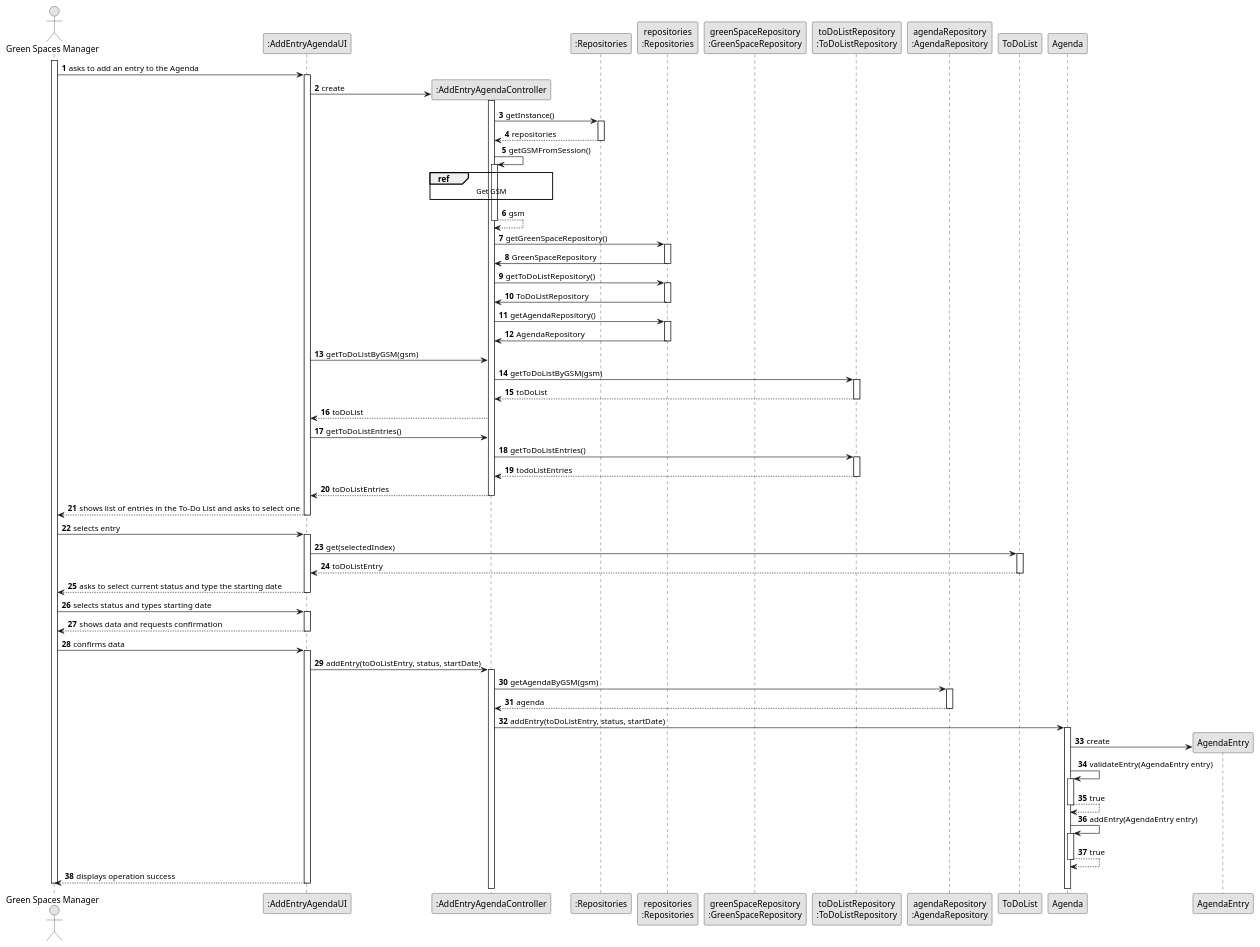
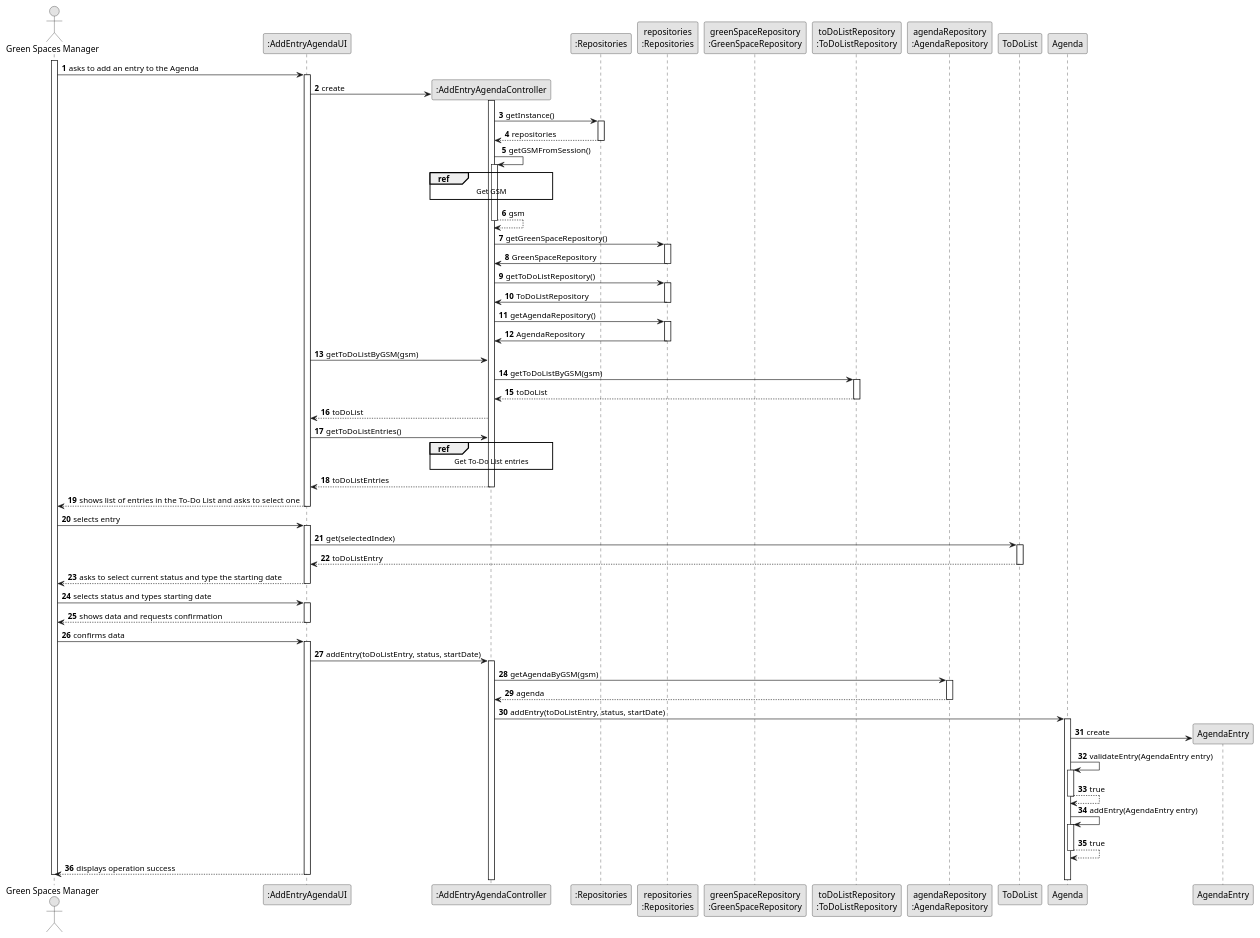
One commit to tiagosoa/lei-24-s2-1dgh-g073 changed the diagram in docs/sprint3/us022/03.design/puml/us022-sequence-diagram-full.puml. Above: the diagram before and after it, drawn with PlantUML. The commit also changed 2 other files, not shown here.

```diff
--- a/docs/sprint3/us022/03.design/puml/us022-sequence-diagram-full.puml
+++ b/docs/sprint3/us022/03.design/puml/us022-sequence-diagram-full.puml
@@ -1,148 +1,147 @@
 @startuml
 skinparam monochrome true
 skinparam packageStyle rectangle
 skinparam shadowing false
 
 autonumber
 
 'hide footbox
 actor "Green Spaces Manager" as ADM
 participant ":AddEntryAgendaUI" as UI
 participant ":AddEntryAgendaController" as CTRL
 participant ":Repositories" as RepositorySingleton
 participant "repositories\n:Repositories" as PLAT
 participant "greenSpaceRepository\n:GreenSpaceRepository" as GSR
 participant "toDoListRepository\n:ToDoListRepository" as TDR
 participant "agendaRepository\n:AgendaRepository" as AR
 participant "ToDoList" as TDL
 participant "Agenda" as AG
 participant "AgendaEntry" as ENTRADA
 
 activate ADM
 
         ADM -> UI : asks to add an entry to the Agenda
 
         activate UI
 
 '            UI --> ADM : requests data (name)
             'create CTRL
             UI -> CTRL** : create
 
             activate CTRL
 
                         CTRL -> RepositorySingleton : getInstance()
                                         activate RepositorySingleton
 
                                             RepositorySingleton --> CTRL: repositories
                                         deactivate RepositorySingleton
 
                                          CTRL -> CTRL : getGSMFromSession()
                                          activate CTRL
 
                                          ref over CTRL
                                          Get GSM
                                          end
 
                                              CTRL --> CTRL : gsm
                                          deactivate CTRL
 
                              CTRL -> PLAT : getGreenSpaceRepository()
                                      activate PLAT
 
                                  PLAT -> CTRL : GreenSpaceRepository
                                  deactivate PLAT
 
                              CTRL -> PLAT : getToDoListRepository()
                                      activate PLAT
 
                                  PLAT -> CTRL : ToDoListRepository
                                  deactivate PLAT
 
                              CTRL -> PLAT : getAgendaRepository()
                                      activate PLAT
 
                                  PLAT -> CTRL : AgendaRepository
                                  deactivate PLAT
 
                              UI -> CTRL: getToDoListByGSM(gsm)
 
                              CTRL -> TDR: getToDoListByGSM(gsm)
                                          activate TDR
 
                                          TDR --> CTRL: toDoList
                                          deactivate TDR
                              CTRL --> UI : toDoList
 
 
                              UI -> CTRL : getToDoListEntries()
-                            CTRL -> TDR : getToDoListEntries()
-                            activate TDR
+                           ref over CTRL
+                           Get To-Do List entries
+                           end
 
-                            TDR --> CTRL : todoListEntries
-                            deactivate TDR
 
                             CTRL --> UI : toDoListEntries
                             deactivate CTRL
 
 
 
 
     UI --> ADM : shows list of entries in the To-Do List and asks to select one
     deactivate UI
 
     ADM -> UI : selects entry
     activate UI
 
                                         UI -> TDL : get(selectedIndex)
                                         activate TDL
 
                                        TDL --> UI : toDoListEntry
                                        deactivate TDL
 
     UI --> ADM : asks to select current status and type the starting date
     deactivate UI
 
         ADM -> UI : selects status and types starting date
         activate UI
         
             UI --> ADM : shows data and requests confirmation
             deactivate UI
         
             ADM -> UI : confirms data
             activate UI
 
 
         UI -> CTRL : addEntry(toDoListEntry, status, startDate)
         activate CTRL
 
 
             CTRL -> AR: getAgendaByGSM(gsm)
             activate AR
 
             AR --> CTRL: agenda
             deactivate AR
 
             CTRL -> AG: addEntry(toDoListEntry, status, startDate)
             activate AG
 
                 AG -> ENTRADA**: create
 
                 AG -> AG: validateEntry(AgendaEntry entry)
                 activate AG
 
                 AG --> AG: true
                 deactivate AG
 
                 AG -> AG: addEntry(AgendaEntry entry)
                                 activate AG
 
                                 AG --> AG: true
                                 deactivate AG
 
             UI --> ADM: displays operation success
     deactivate UI
 
 
 deactivate ADM
 
 @enduml
```
